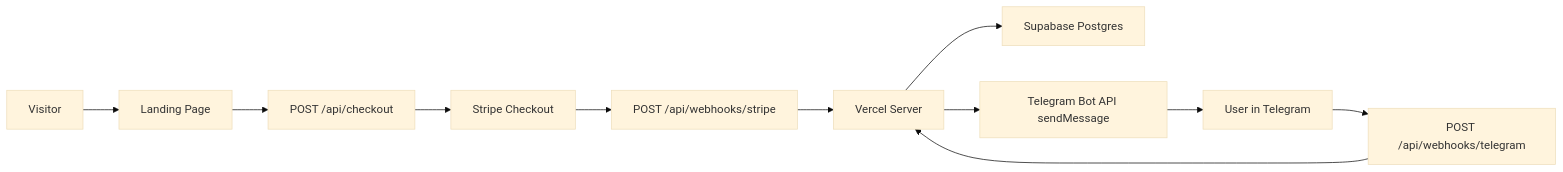
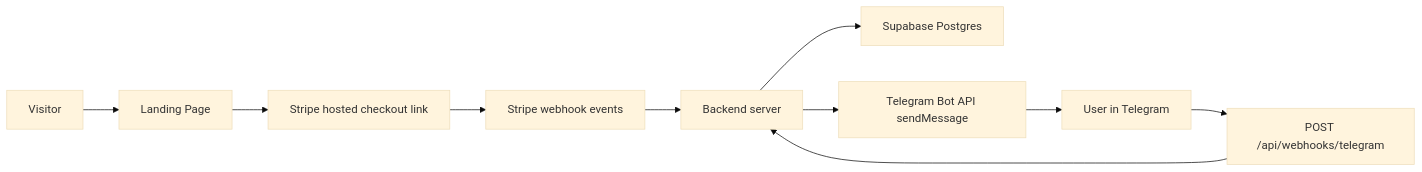
One commit to heartmade-studio/messenger-native-saas changed the first of 3 diagrams in ARCHITECTURE.md. Above: the diagram before and after it, drawn with Mermaid (base theme). The commit also changed other lines of this file and 30 other files, not shown here.

Commit message:
Remove Next.js app structure and related files, transitioning to a static landing page implementation. Update documentation to reflect changes in architecture and deployment. Clean up unused environment variables and configurations.

````diff
--- a/ARCHITECTURE.md
+++ b/ARCHITECTURE.md
@@ -7,13 +7,12 @@
 ```mermaid
 flowchart LR
   Visitor["Visitor"] --> LandingPage["Landing Page"]
-  LandingPage --> CheckoutAPI["POST /api/checkout"]
-  CheckoutAPI --> StripeCheckout["Stripe Checkout"]
-  StripeCheckout --> StripeWebhook["POST /api/webhooks/stripe"]
-  StripeWebhook --> VercelApi["Vercel Server"]
-  VercelApi --> Supabase["Supabase Postgres"]
+  LandingPage --> StripeCheckout["Stripe hosted checkout link"]
+  StripeCheckout --> StripeWebhook["Stripe webhook events"]
+  StripeWebhook --> Backend["Backend server"]
+  Backend --> Supabase["Supabase Postgres"]
   TelegramUser["User in Telegram"] --> TelegramWebhook["POST /api/webhooks/telegram"]
-  TelegramWebhook --> VercelApi
-  VercelApi --> TelegramAPI["Telegram Bot API sendMessage"]
+  TelegramWebhook --> Backend
+  Backend --> TelegramAPI["Telegram Bot API sendMessage"]
   TelegramAPI --> TelegramUser
 ```
````
